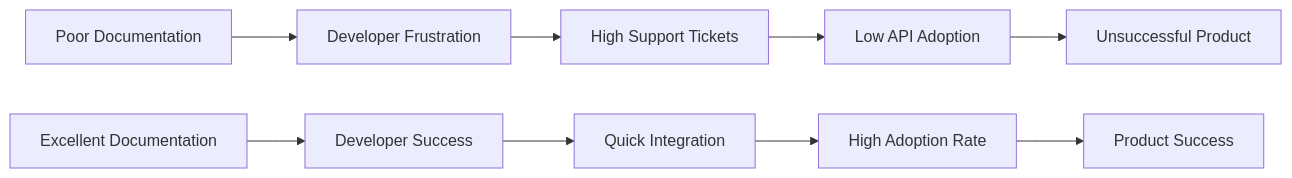
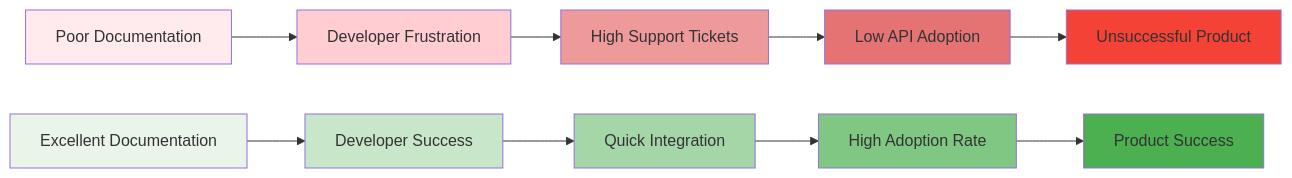
One commit to themattwilliams/website changed the second of 4 diagrams in learn/api-documentation/how-to-choose-an-api-documentation-tool.md. Above: the diagram before and after it, drawn with Mermaid. The commit also changed other lines of this file, not shown here.

Commit message:
final mermaid edits

````diff
--- a/learn/api-documentation/how-to-choose-an-api-documentation-tool.md
+++ b/learn/api-documentation/how-to-choose-an-api-documentation-tool.md
@@ -34,12 +72,23 @@
 ```mermaid
 graph LR
     A[Poor Documentation] --> B[Developer Frustration]
     B --> C[High Support Tickets]
     C --> D[Low API Adoption]
     D --> E[Unsuccessful Product]
     
     F[Excellent Documentation] --> G[Developer Success]
     G --> H[Quick Integration]
     H --> I[High Adoption Rate]
     I --> J[Product Success]
+    
+    style A fill:#ffebee
+    style B fill:#ffcdd2
+    style C fill:#ef9a9a
+    style D fill:#e57373
+    style E fill:#f44336
+    style F fill:#e8f5e8
+    style G fill:#c8e6c9
+    style H fill:#a5d6a7
+    style I fill:#81c784
+    style J fill:#4caf50
 ```
````
